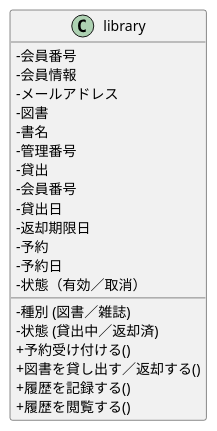
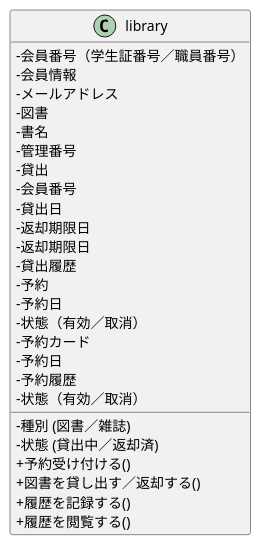
The diagram in kouka_library/class.pu (ghbuser12/ohara_uml), drawn with PlantUML before and after one commit. The commit also changed 1 other file, not shown here.

```diff
--- a/kouka_library/class.pu
+++ b/kouka_library/class.pu
@@ -1,24 +1,30 @@
 @startuml .
 skinparam classAttributeIconSize 0
 class library {
- -会員番号
+ -会員番号（学生証番号／職員番号）
   -会員情報
   -メールアドレス
  -図書
   -書名
   -管理番号
   -種別 (図書／雑誌)
   -状態 (貸出中／返却済)
 - 貸出
   - 会員番号
   - 貸出日
   - 返却期限日
+  - 返却期限日
+  - 貸出履歴
 - 予約
   - 予約日
+  - 状態（有効／取消）
+  - 予約カード
+  - 予約日
+  - 予約履歴
   - 状態（有効／取消）
 + 予約受け付ける()
 + 図書を貸し出す／返却する()
 + 履歴を記録する()
 + 履歴を閲覧する()
 }
 @enduml
```
